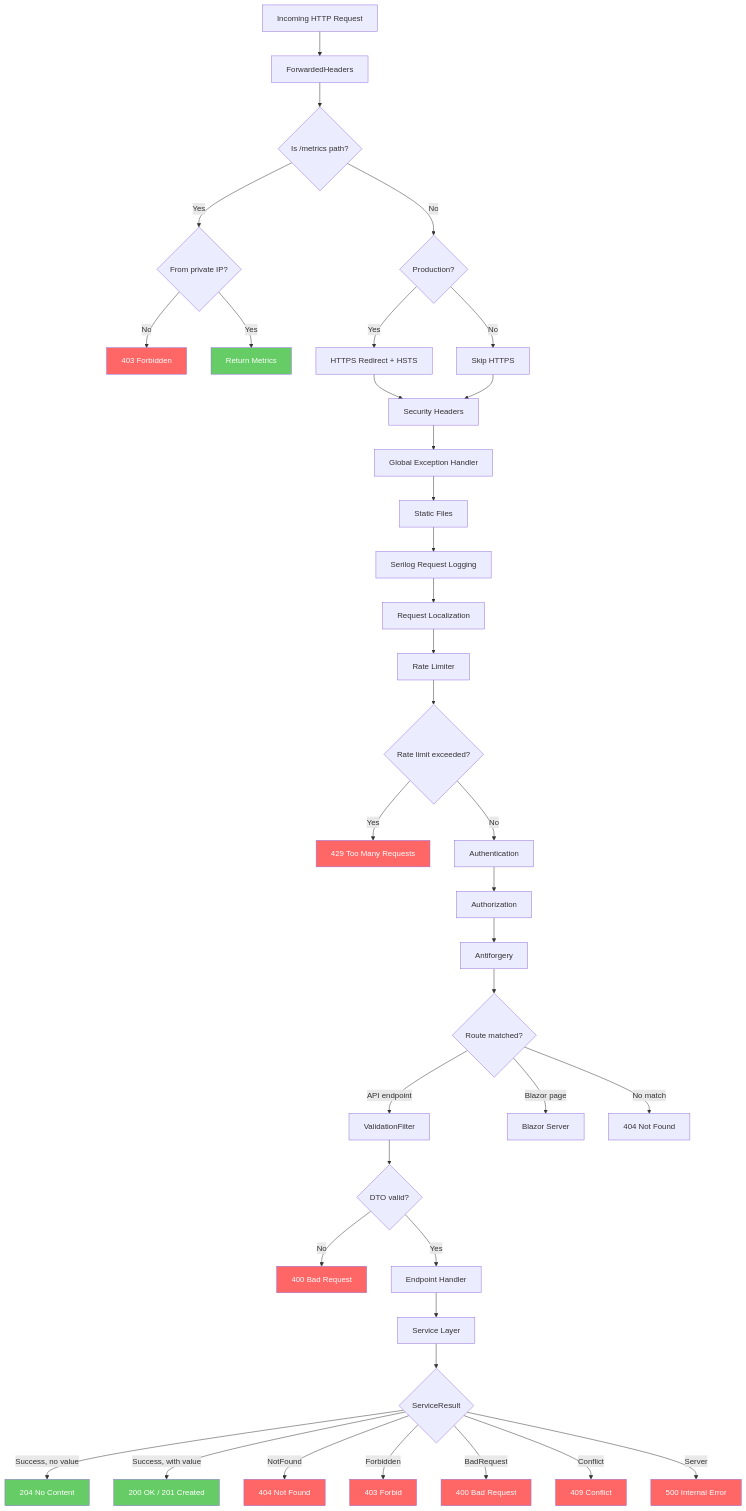
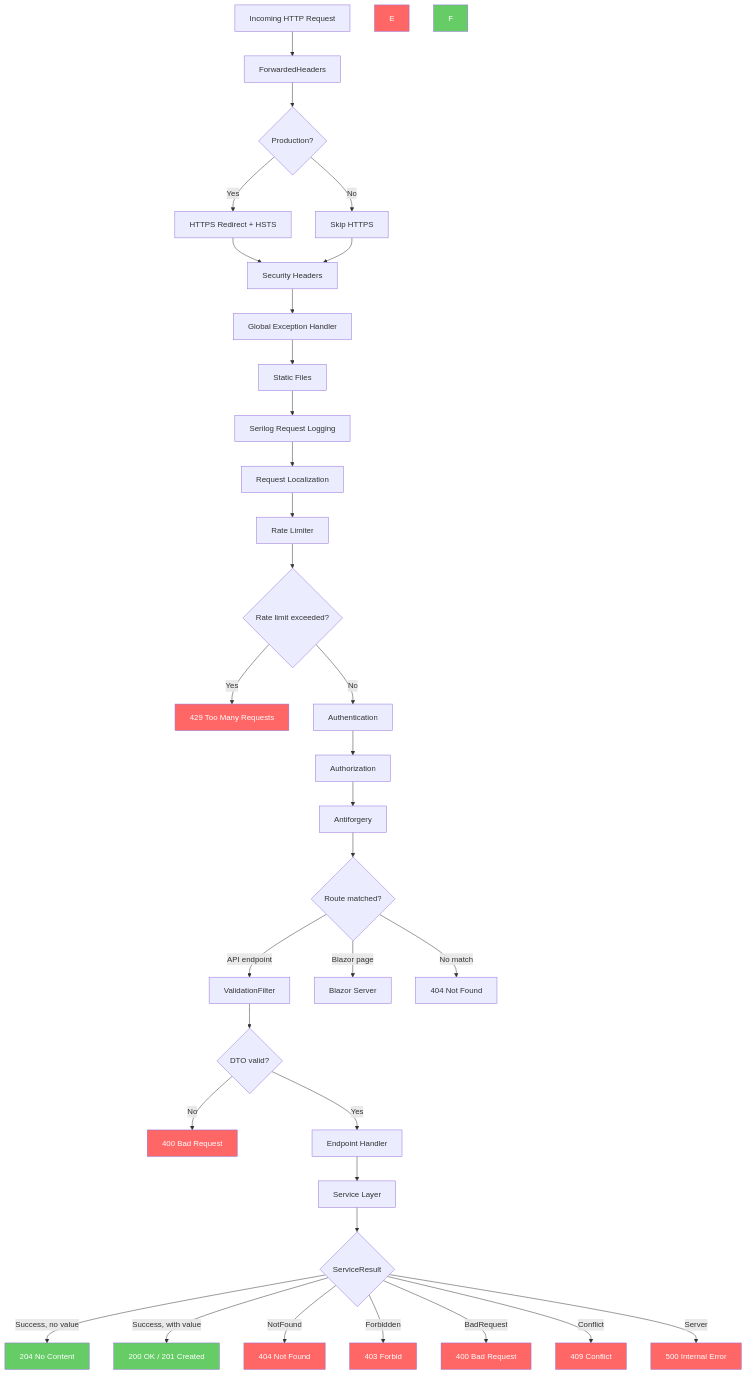
The first of 13 diagrams in docs/FLOWCHARTS.md (oskarc/AssetHub), drawn with Mermaid before and after one commit. The commit also changed 23 other files, not shown here.

````diff
--- a/docs/FLOWCHARTS.md
+++ b/docs/FLOWCHARTS.md
@@ -23,51 +23,47 @@
 ```mermaid
 flowchart TD
     A[Incoming HTTP Request] --> B[ForwardedHeaders]
-    B --> C{Is /metrics path?}
-    C -->|Yes| D{From private IP?}
-    D -->|No| E[403 Forbidden]
-    D -->|Yes| F[Return Metrics]
-    C -->|No| G{Production?}
+    B --> G{Production?}
     G -->|Yes| H[HTTPS Redirect + HSTS]
     G -->|No| I[Skip HTTPS]
     H --> J[Security Headers]
     I --> J
     J --> K[Global Exception Handler]
     K --> L[Static Files]
     L --> M[Serilog Request Logging]
     M --> N[Request Localization]
     N --> O[Rate Limiter]
     O --> P{Rate limit exceeded?}
     P -->|Yes| Q[429 Too Many Requests]
     P -->|No| R[Authentication]
     R --> S[Authorization]
     S --> T[Antiforgery]
     T --> U{Route matched?}
     U -->|API endpoint| V[ValidationFilter]
     U -->|Blazor page| W[Blazor Server]
     U -->|No match| X[404 Not Found]
     V --> Y{DTO valid?}
     Y -->|No| Z[400 Bad Request]
     Y -->|Yes| AA[Endpoint Handler]
     AA --> AB[Service Layer]
     AB --> AC{ServiceResult}
     AC -->|Success, no value| AD[204 No Content]
     AC -->|Success, with value| AE[200 OK / 201 Created]
     AC -->|NotFound| AF[404 Not Found]
     AC -->|Forbidden| AG[403 Forbid]
     AC -->|BadRequest| AH[400 Bad Request]
     AC -->|Conflict| AI[409 Conflict]
     AC -->|Server| AJ[500 Internal Error]
 
     style E fill:#f66,color:#fff
     style Q fill:#f66,color:#fff
     style Z fill:#f66,color:#fff
     style AF fill:#f66,color:#fff
     style AG fill:#f66,color:#fff
     style AH fill:#f66,color:#fff
     style AI fill:#f66,color:#fff
     style AJ fill:#f66,color:#fff
     style AD fill:#6c6,color:#fff
     style AE fill:#6c6,color:#fff
     style F fill:#6c6,color:#fff
 ```
````
